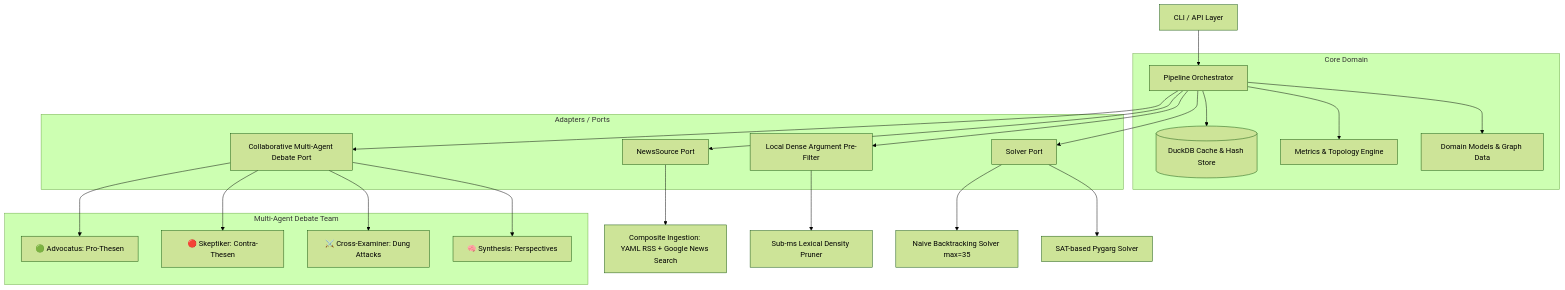
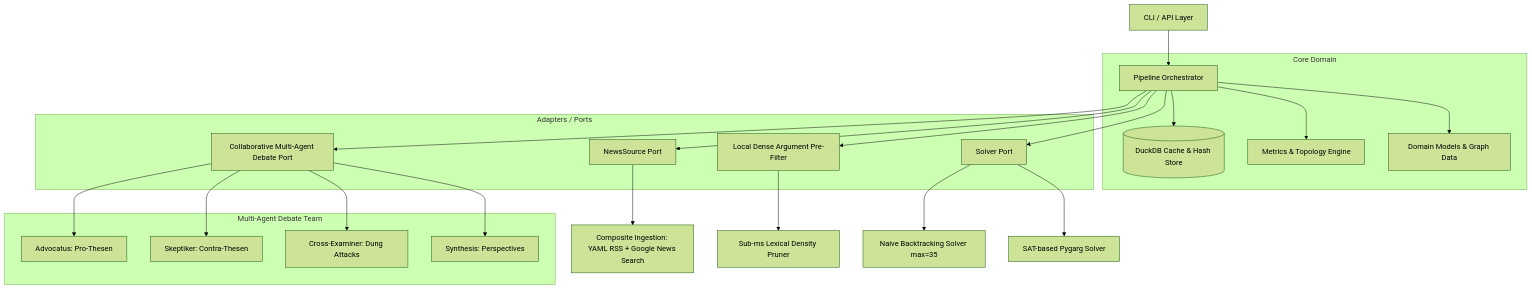
The diagram in spec/system_specification.md (jsprado/clashpy), drawn with Mermaid (forest theme) before and after one commit. The commit also changed other lines of this file and 4 other files, not shown here.

````diff
--- a/spec/system_specification.md
+++ b/spec/system_specification.md
@@ -55,30 +55,30 @@
 ```mermaid
 graph TD
     CLI[CLI / API Layer] --> Pipeline[Pipeline Orchestrator]
     
     subgraph "Core Domain"
         Pipeline --> Cache[(DuckDB Cache & Hash Store)]
         Pipeline --> Metrics[Metrics & Topology Engine]
         Pipeline --> Models[Domain Models & Graph Data]
     end
     
     subgraph "Adapters / Ports"
         Pipeline --> NewsPort[NewsSource Port]
         Pipeline --> PreFilter[Local Dense Argument Pre-Filter]
         Pipeline --> SolverPort[Solver Port]
         Pipeline --> LLMPort[Collaborative Multi-Agent Debate Port]
     end
     
     NewsPort --> CompositeAdapter[Composite Ingestion: YAML RSS + Google News Search]
     PreFilter --> DenseFilter[Sub-ms Lexical Density Pruner]
     
     subgraph "Multi-Agent Debate Team"
-        LLMPort --> AdvocatusAgent[🟢 Advocatus: Pro-Thesen]
-        LLMPort --> SkeptikerAgent[🔴 Skeptiker: Contra-Thesen]
-        LLMPort --> CrossExaminer[⚔️ Cross-Examiner: Dung Attacks]
-        LLMPort --> SynthesisAgent[🧠 Synthesis: Perspectives]
+        LLMPort --> AdvocatusAgent[Advocatus: Pro-Thesen]
+        LLMPort --> SkeptikerAgent[Skeptiker: Contra-Thesen]
+        LLMPort --> CrossExaminer[Cross-Examiner: Dung Attacks]
+        LLMPort --> SynthesisAgent[Synthesis: Perspectives]
     end
     
     SolverPort --> NaiveSolver[Naive Backtracking Solver max=35]
     SolverPort --> PygargSolver[SAT-based Pygarg Solver]
 ```
````
